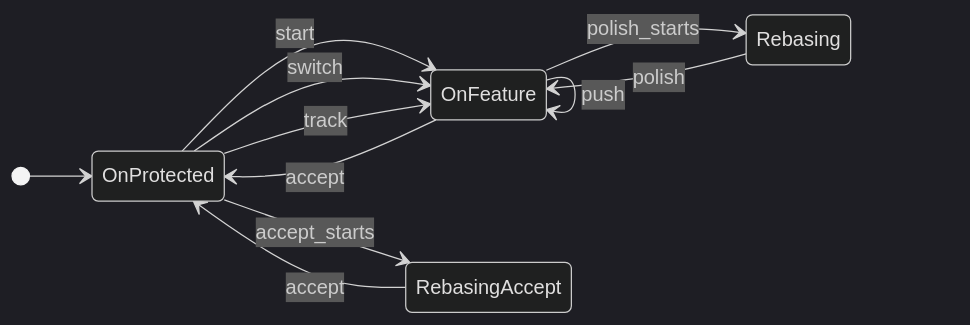
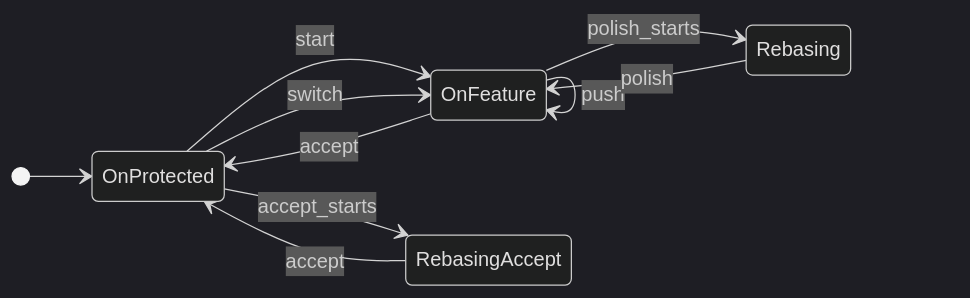
One commit to extsoft/elegant-git changed the first of 2 diagrams in docs/08-00-work.md. Above: the diagram before and after it, drawn with Mermaid (dark theme). The commit also changed other lines of this file and 16 other files, not shown here.

````diff
--- a/docs/08-00-work.md
+++ b/docs/08-00-work.md
@@ -39,17 +38,16 @@
 ```mermaid
 stateDiagram-v2
   direction LR
   [*] --> OnProtected
   OnProtected --> OnFeature: start
   OnProtected --> OnFeature: switch
-  OnProtected --> OnFeature: track
   OnFeature --> OnFeature: save
   OnFeature --> OnFeature: polish
   OnFeature --> OnFeature: sync
   OnFeature --> OnFeature: push
   OnFeature --> OnProtected: accept
   OnFeature --> Rebasing: polish_starts
   Rebasing --> OnFeature: polish
   OnProtected --> RebasingAccept: accept_starts
   RebasingAccept --> OnProtected: accept
 ```
````
